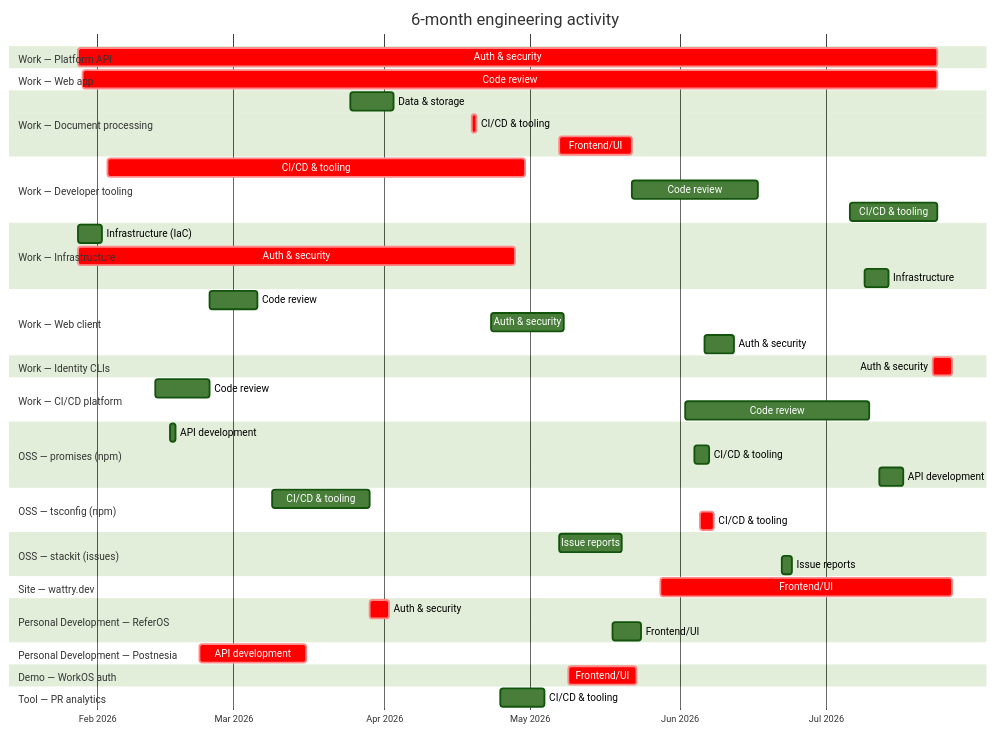
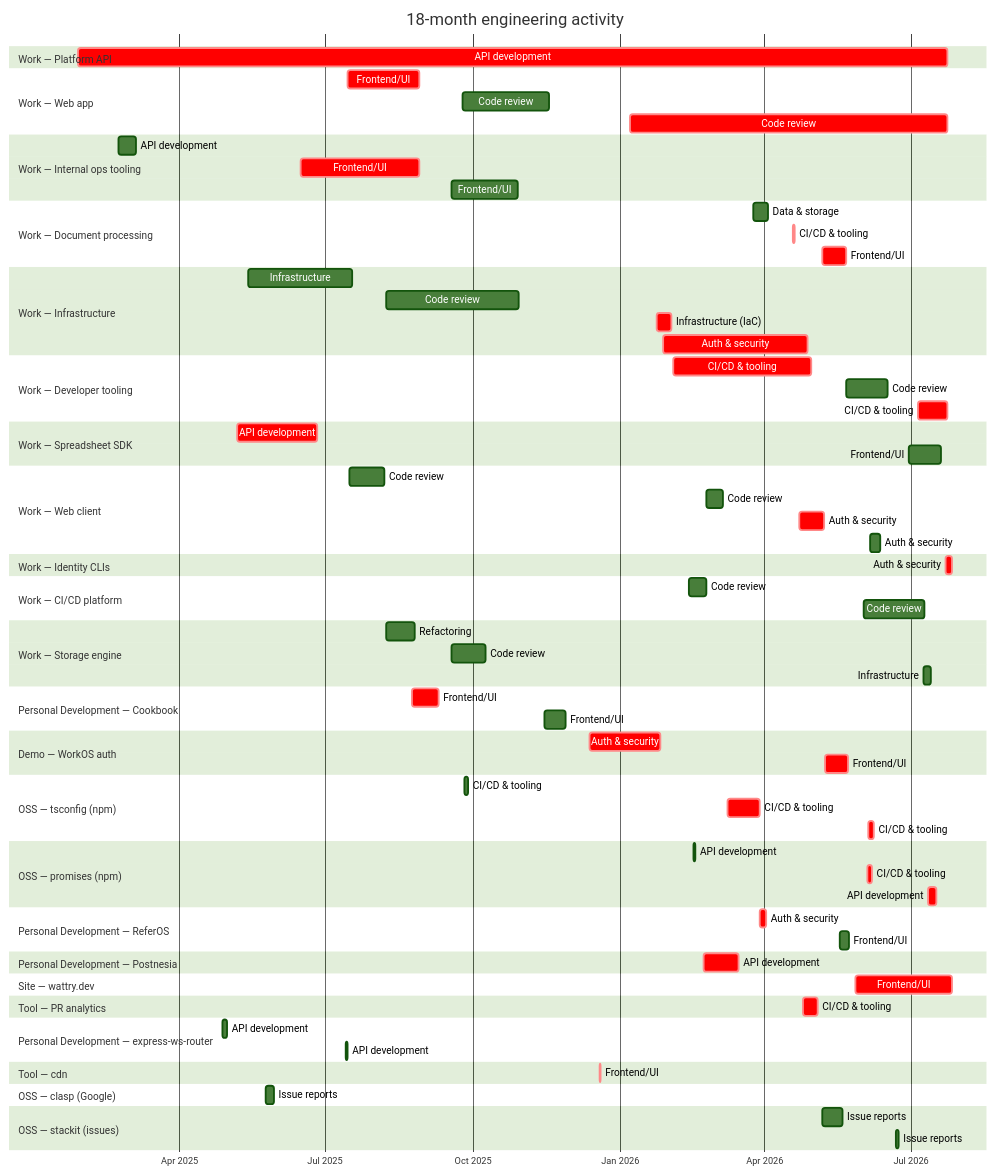
One commit to wattry/wattry.dev changed the diagram in src/work/2026-07-27-public-gantt.mmd. Above: the diagram before and after it, drawn with Mermaid (forest theme). The commit also changed 3 other files, not shown here.

Commit message:
feat: expand work gantt to 18-month window

```diff
--- a/src/work/2026-07-27-public-gantt.mmd
+++ b/src/work/2026-07-27-public-gantt.mmd
@@ -1,66 +1,100 @@
 gantt
-    title 6-month engineering activity
+    title 18-month engineering activity
     dateFormat YYYY-MM-DD
     axisFormat %b %Y
 
     section Work — Platform API
-    Auth & security            :crit, a1, 2026-01-28, 2026-07-24
+    API development            :crit, a1, 2025-01-28, 2026-07-24
 
     section Work — Web app
-    Code review                :crit, b1, 2026-01-29, 2026-07-24
+    Frontend/UI                :crit, b1, 2025-07-15, 2025-08-29
+    Code review                :b2, 2025-09-25, 2025-11-18
+    Code review                :crit, b3, 2026-01-07, 2026-07-24
+
+    section Work — Internal ops tooling
+    API development            :c1, 2025-02-22, 2025-03-05
+    Frontend/UI                :crit, c2, 2025-06-16, 2025-08-29
+    Frontend/UI                :c3, 2025-09-18, 2025-10-29
 
     section Work — Document processing
-    Data & storage             :c1, 2026-03-25, 2026-04-03
-    CI/CD & tooling            :crit, c2, 2026-04-19, 2026-04-20
-    Frontend/UI                :crit, c3, 2026-05-07, 2026-05-22
+    Data & storage             :d1, 2026-03-25, 2026-04-03
+    CI/CD & tooling            :crit, d2, 2026-04-19, 2026-04-20
+    Frontend/UI                :crit, d3, 2026-05-07, 2026-05-22
+
+    section Work — Infrastructure
+    Infrastructure             :e1, 2025-05-14, 2025-07-18
+    Code review                :e2, 2025-08-08, 2025-10-30
+    Infrastructure (IaC)       :crit, e3, 2026-01-24, 2026-02-02
+    Auth & security            :crit, e4, 2026-01-28, 2026-04-28
 
     section Work — Developer tooling
-    CI/CD & tooling            :crit, d1, 2026-02-03, 2026-04-30
-    Code review                :d2, 2026-05-22, 2026-06-17
-    CI/CD & tooling            :d3, 2026-07-06, 2026-07-24
+    CI/CD & tooling            :crit, f1, 2026-02-03, 2026-04-30
+    Code review                :f2, 2026-05-22, 2026-06-17
+    CI/CD & tooling            :crit, f3, 2026-07-06, 2026-07-24
 
-    section Work — Infrastructure
-    Infrastructure (IaC)       :e1, 2026-01-28, 2026-02-02
-    Auth & security            :crit, e2, 2026-01-28, 2026-04-28
-    Infrastructure             :e3, 2026-07-09, 2026-07-14
+    section Work — Spreadsheet SDK
+    API development            :crit, g1, 2025-05-07, 2025-06-26
+    Frontend/UI                :g2, 2026-06-30, 2026-07-20
 
     section Work — Web client
-    Code review                :f1, 2026-02-24, 2026-03-06
-    Auth & security            :f2, 2026-04-23, 2026-05-08
-    Auth & security            :f3, 2026-06-06, 2026-06-12
+    Code review                :h1, 2025-07-16, 2025-08-07
+    Code review                :h2, 2026-02-24, 2026-03-06
+    Auth & security            :crit, h3, 2026-04-23, 2026-05-08
+    Auth & security            :h4, 2026-06-06, 2026-06-12
 
     section Work — Identity CLIs
-    Auth & security            :crit, g1, 2026-07-23, 2026-07-27
+    Auth & security            :crit, i1, 2026-07-23, 2026-07-27
 
     section Work — CI/CD platform
-    Code review                :h1, 2026-02-13, 2026-02-24
-    Code review                :h2, 2026-06-02, 2026-07-10
+    Code review                :j1, 2026-02-13, 2026-02-24
+    Code review                :j2, 2026-06-02, 2026-07-10
+
+    section Work — Storage engine
+    Refactoring                :k1, 2025-08-08, 2025-08-26
+    Code review                :k2, 2025-09-18, 2025-10-09
+    Infrastructure             :k3, 2026-07-09, 2026-07-14
+
+    section Personal Development — Cookbook
+    Frontend/UI                :crit, l1, 2025-08-24, 2025-09-10
+    Frontend/UI                :l2, 2025-11-15, 2025-11-28
+
+    section Demo — WorkOS auth
+    Auth & security            :crit, m1, 2025-12-13, 2026-01-26
+    Frontend/UI                :crit, m2, 2026-05-09, 2026-05-23
+
+    section OSS — tsconfig (npm)
+    CI/CD & tooling            :n1, 2025-09-26, 2025-09-28
+    CI/CD & tooling            :crit, n2, 2026-03-09, 2026-03-29
+    CI/CD & tooling            :crit, n3, 2026-06-05, 2026-06-08
 
     section OSS — promises (npm)
-    API development            :i1, 2026-02-16, 2026-02-17
-    CI/CD & tooling            :i2, 2026-06-04, 2026-06-07
-    API development            :i3, 2026-07-12, 2026-07-17
+    API development            :o1, 2026-02-16, 2026-02-17
+    CI/CD & tooling            :crit, o2, 2026-06-04, 2026-06-07
+    API development            :crit, o3, 2026-07-12, 2026-07-17
 
-    section OSS — tsconfig (npm)
-    CI/CD & tooling            :j1, 2026-03-09, 2026-03-29
-    CI/CD & tooling            :crit, j2, 2026-06-05, 2026-06-08
+    section Personal Development — ReferOS
+    Auth & security            :crit, p1, 2026-03-29, 2026-04-02
+    Frontend/UI                :p2, 2026-05-18, 2026-05-24
+
+    section Personal Development — Postnesia
+    API development            :crit, q1, 2026-02-22, 2026-03-16
+
+    section Site — wattry.dev
+    Frontend/UI                :crit, r1, 2026-05-28, 2026-07-27
+
+    section Tool — PR analytics
+    CI/CD & tooling            :crit, s1, 2026-04-25, 2026-05-04
+
+    section Personal Development — express-ws-router
+    API development            :t1, 2025-04-28, 2025-05-01
+    API development            :t2, 2025-07-14, 2025-07-15
+
+    section Tool — cdn
+    Frontend/UI                :crit, u1, 2025-12-19, 2025-12-20
+
+    section OSS — clasp (Google)
+    Issue reports              :v1, 2025-05-25, 2025-05-30
 
     section OSS — stackit (issues)
-    Issue reports              :k1, 2026-05-07, 2026-05-20
-    Issue reports              :k2, 2026-06-22, 2026-06-24
-
-    section Site — wattry.dev
-    Frontend/UI                :crit, m1, 2026-05-28, 2026-07-27
-
-    section Personal Development — ReferOS
-    Auth & security            :crit, n1, 2026-03-29, 2026-04-02
-    Frontend/UI                :n2, 2026-05-18, 2026-05-24
-
-    section Personal Development — Postnesia
-    API development            :crit, o1, 2026-02-22, 2026-03-16
-
-    section Demo — WorkOS auth
-    Frontend/UI                :crit, p1, 2026-05-09, 2026-05-23
-
-    section Tool — PR analytics
-    CI/CD & tooling            :q1, 2026-04-25, 2026-05-04
+    Issue reports              :w1, 2026-05-07, 2026-05-20
+    Issue reports              :w2, 2026-06-22, 2026-06-24
```
